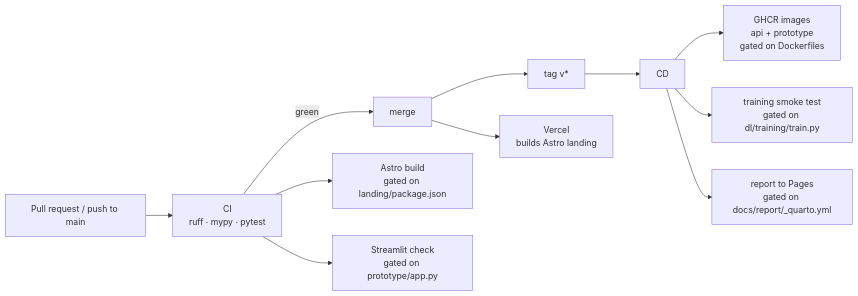
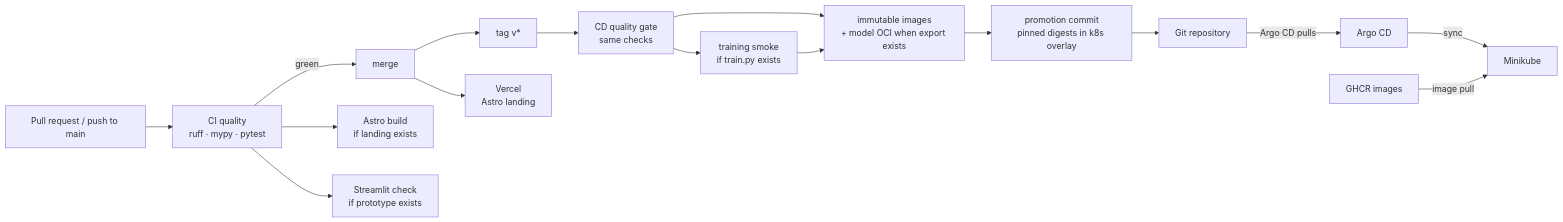
The fourth of 5 diagrams in docs/architecture/README.md (adriansalvadorekomo/RoadAnomaly), drawn with Mermaid before and after one commit. The commit also changed other lines of this file and 24 other files, not shown here.

First line of the commit message:
docs: align CRISP-DM architecture, API and deployment contracts

````diff
--- a/docs/architecture/README.md
+++ b/docs/architecture/README.md
@@ -182,13 +297,18 @@
 ```mermaid
 flowchart LR
-  PR["Pull request / push to main"] --> CI["CI<br/>ruff · mypy · pytest"]
+  PR["Pull request / push to main"] --> CI["CI quality<br/>ruff · mypy · pytest"]
   CI -->|green| MERGE["merge"]
   MERGE --> TAG["tag v*"]
-  TAG --> CD["CD"]
-  CD --> IMG["GHCR images<br/>api + prototype<br/>gated on Dockerfiles"]
-  CD --> SMOKE["training smoke test<br/>gated on dl/training/train.py"]
-  CD --> PAGES["report to Pages<br/>gated on docs/report/_quarto.yml"]
-  MERGE --> VERCEL["Vercel<br/>builds Astro landing"]
-  CI --> LAND["Astro build<br/>gated on landing/package.json"]
-  CI --> PROTO["Streamlit check<br/>gated on prototype/app.py"]
+  TAG --> CDQ["CD quality gate<br/>same checks"]
+  CDQ --> SMOKE["training smoke<br/>if train.py exists"]
+  CDQ --> IMG["immutable images<br/>+ model OCI when export exists"]
+  SMOKE --> IMG
+  IMG --> PROMO["promotion commit<br/>pinned digests in k8s overlay"]
+  PROMO --> GIT["Git repository"]
+  GIT -->|"Argo CD pulls"| ARGO["Argo CD"]
+  ARGO -->|"sync"| K8S["Minikube"]
+  GHCR["GHCR images"] -->|"image pull"| K8S
+  MERGE --> VERCEL["Vercel<br/>Astro landing"]
+  CI --> LAND["Astro build<br/>if landing exists"]
+  CI --> PROTO["Streamlit check<br/>if prototype exists"]
 ```
````
